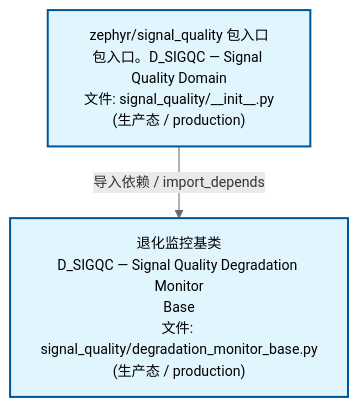
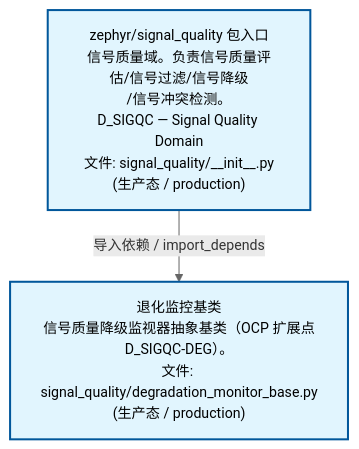
Before and after one commit to xuanFelixVan/ZephyrAlpha: the second of 3 diagrams in docs/02_enterprise_architecture/02_domain_architecture_docs/69_d_sigqc.md, drawn with Mermaid. The commit also changed other lines of this file and 48 other files, not shown here.

````diff
--- a/docs/02_enterprise_architecture/02_domain_architecture_docs/69_d_sigqc.md
+++ b/docs/02_enterprise_architecture/02_domain_architecture_docs/69_d_sigqc.md
@@ -75,12 +75,12 @@
 ```mermaid
 %%{init: {'theme': 'base', 'themeVariables': {'primaryColor': '#eaeaea', 'primaryTextColor': '#333333', 'primaryBorderColor': '#666666', 'lineColor': '#666666', 'secondaryColor': '#eaeaea', 'tertiaryColor': '#eaeaea', 'fontSize': '14px'}}}%%
 flowchart TD
-    src_zephyr_signal_quality_init_py["zephyr/signal_quality 包入口<br/>包入口。D_SIGQC — Signal Quality Domain<br/>文件: signal_quality/__init__.py<br/>(生产态 / production)"]
-    src_zephyr_signal_quality_degradation_monitor_base_py["退化监控基类<br/>D_SIGQC — Signal Quality Degradation Monitor<br/>Base<br/>文件: signal_quality/degradation_monitor_base.py<br/>(生产态 / production)"]
+    src_zephyr_signal_quality_init_py["zephyr/signal_quality 包入口<br/>信号质量域。负责信号质量评估/信号过滤/信号降级<br/>/信号冲突检测。<br/>D_SIGQC — Signal Quality Domain<br/>文件: signal_quality/__init__.py<br/>(生产态 / production)"]
+    src_zephyr_signal_quality_degradation_monitor_base_py["退化监控基类<br/>信号质量降级监视器抽象基类（OCP 扩展点<br/>D_SIGQC-DEG）。<br/>文件: signal_quality/degradation_monitor_base.py<br/>(生产态 / production)"]
     src_zephyr_signal_quality_init_py -->|导入依赖 / import_depends| src_zephyr_signal_quality_degradation_monitor_base_py
     classDef production fill:#e1f5fe,stroke:#01579b,stroke-width:2px,color:#000
     classDef design fill:#fff3e0,stroke:#e65100,stroke-width:2px,color:#000,stroke-dasharray: 5 5
     classDef external_prod fill:#e8f4fd,stroke:#0277bd,stroke-width:1px,color:#000
     classDef external_design fill:#fff8e7,stroke:#ef6c00,stroke-width:1px,color:#000,stroke-dasharray: 5 5
     class src_zephyr_signal_quality_init_py,src_zephyr_signal_quality_degradation_monitor_base_py production
 ```
````
